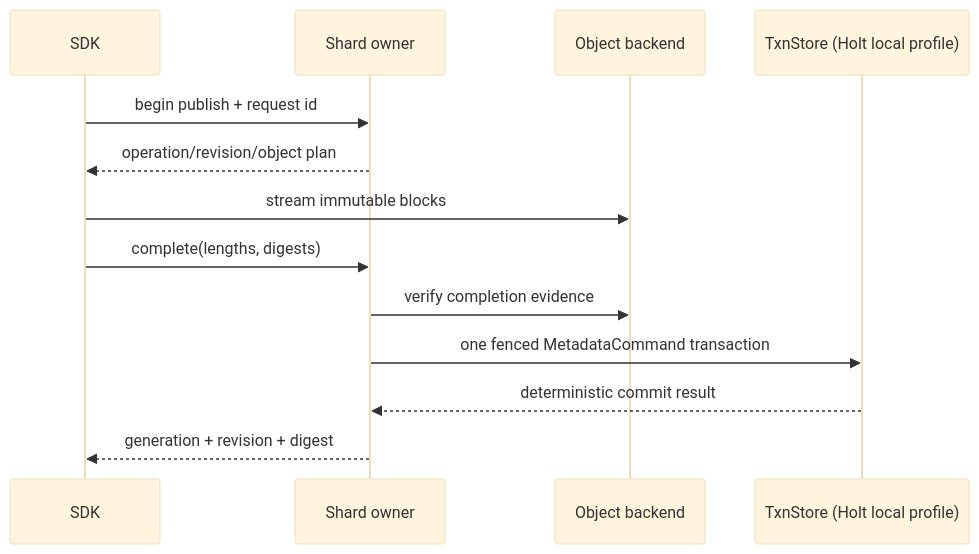
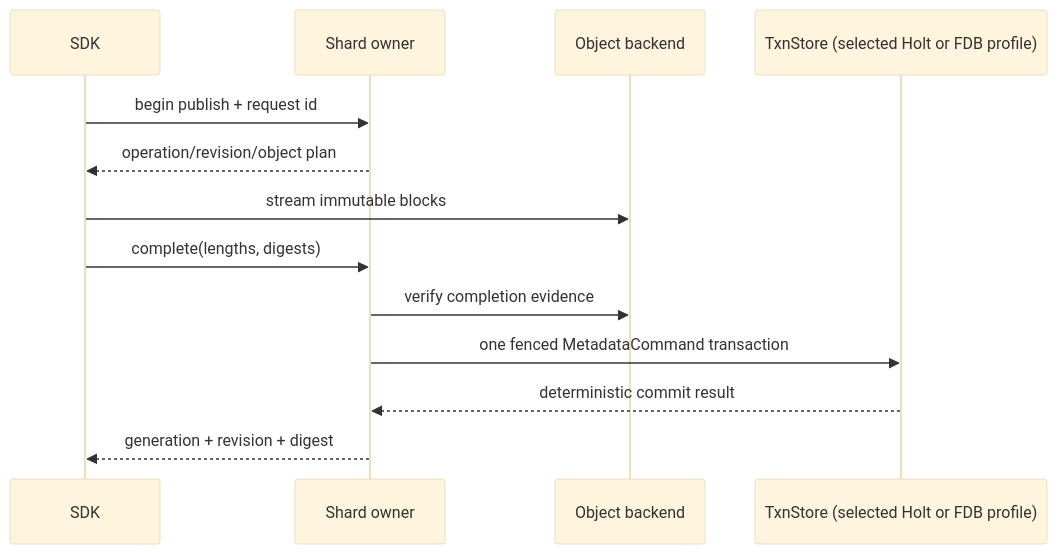
Before and after one commit to NoKV-Lab/NoKV: the fourth of 5 diagrams in docs/architecture.md, drawn with Mermaid (base theme). The commit also changed other lines of this file, not shown here.

Commit message:
docs: show dual metadata runtime architecture

````diff
--- a/docs/architecture.md
+++ b/docs/architecture.md
@@ -203,16 +222,16 @@
 ```mermaid
 sequenceDiagram
     participant C as SDK
     participant M as Shard owner
     participant O as Object backend
-    participant S as TxnStore (Holt local profile)
+    participant S as TxnStore (selected Holt or FDB profile)
 
     C->>M: begin publish + request id
     M-->>C: operation/revision/object plan
     C->>O: stream immutable blocks
     C->>M: complete(lengths, digests)
     M->>O: verify completion evidence
     M->>S: one fenced MetadataCommand transaction
     S-->>M: deterministic commit result
     M-->>C: generation + revision + digest
 ```
````
